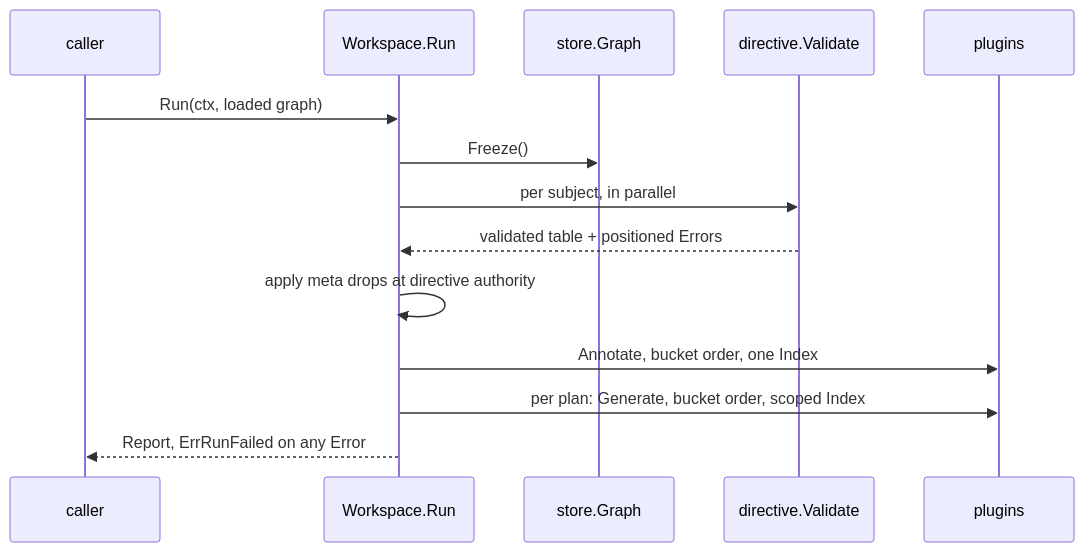
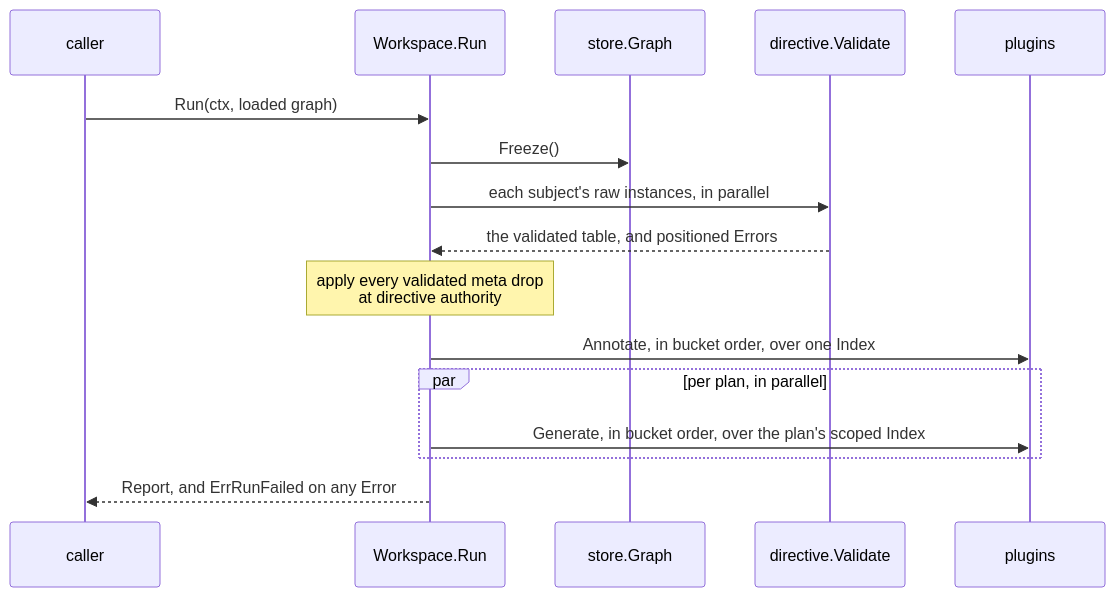
The diagram in docs/rfc/0007-build-ladder.md (dokimasia/eidos), drawn with Mermaid before and after one commit. The commit also changed other lines of this file and 2 other files, not shown here.

First line of the commit message:
docs: show RFC call paths as sequence diagrams

````diff
--- a/docs/rfc/0007-build-ladder.md
+++ b/docs/rfc/0007-build-ladder.md
@@ -279,16 +266,19 @@
 ```mermaid
 sequenceDiagram
     participant C as caller
     participant W as Workspace.Run
     participant S as store.Graph
     participant D as directive.Validate
     participant P as plugins
+
     C->>W: Run(ctx, loaded graph)
     W->>S: Freeze()
-    W->>D: per subject, in parallel
-    D-->>W: validated table + positioned Errors
-    W->>W: apply meta drops at directive authority
-    W->>P: Annotate, bucket order, one Index
-    W->>P: per plan: Generate, bucket order, scoped Index
-    W-->>C: Report, ErrRunFailed on any Error
+    W->>D: each subject's raw instances, in parallel
+    D-->>W: the validated table, and positioned Errors
+    Note over W: apply every validated meta drop<br/>at directive authority
+    W->>P: Annotate, in bucket order, over one Index
+    par per plan, in parallel
+        W->>P: Generate, in bucket order, over the plan's scoped Index
+    end
+    W-->>C: Report, and ErrRunFailed on any Error
 ```
````
